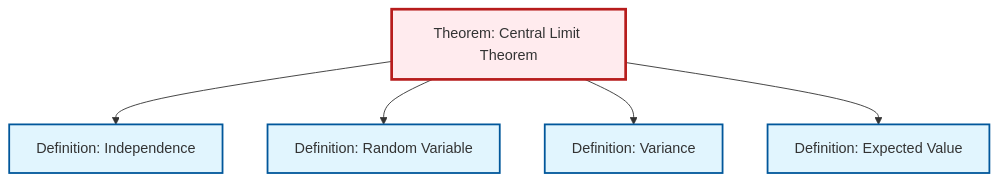
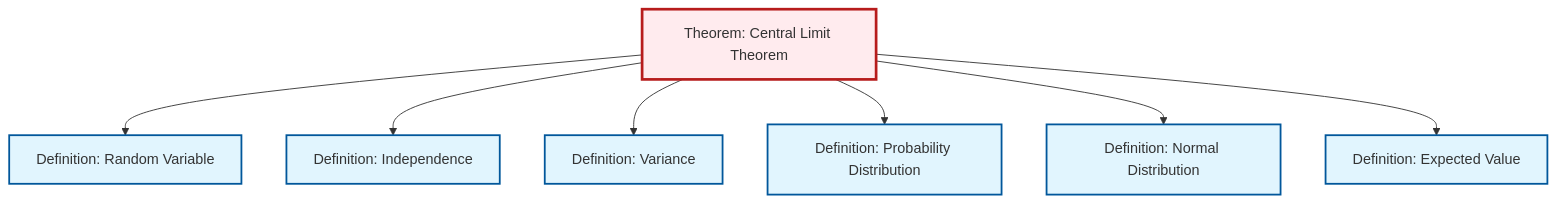
The second of 2 diagrams in content/ja/probability-statistics/thm-central-limit.qmd (RK0429/ModernMath), drawn with Mermaid before and after one commit. The commit also changed other lines of this file and 634 other files, not shown here.

````diff
--- a/content/ja/probability-statistics/thm-central-limit.qmd
+++ b/content/ja/probability-statistics/thm-central-limit.qmd
@@ -111,23 +112,29 @@
 ```{mermaid}
 %%| fig-cap: "Local dependency graph"
 graph TD
     classDef definition fill:#e1f5fe,stroke:#01579b,stroke-width:2px
     classDef theorem fill:#f3e5f5,stroke:#4a148c,stroke-width:2px
     classDef axiom fill:#fff3e0,stroke:#e65100,stroke-width:2px
     classDef example fill:#e8f5e9,stroke:#1b5e20,stroke-width:2px
     classDef current fill:#ffebee,stroke:#b71c1c,stroke-width:3px
+    def-independence["Definition: Independence"]:::definition
     thm-central-limit["Theorem: Central Limit Theorem"]:::theorem
     def-expectation["Definition: Expected Value"]:::definition
+    def-variance["Definition: Variance"]:::definition
+    def-probability-distribution["Definition: Probability Distribution"]:::definition
+    def-normal-distribution["Definition: Normal Distribution"]:::definition
     def-random-variable["Definition: Random Variable"]:::definition
-    def-variance["Definition: Variance"]:::definition
-    def-independence["Definition: Independence"]:::definition
+    thm-central-limit --> def-random-variable
     thm-central-limit --> def-independence
-    thm-central-limit --> def-random-variable
     thm-central-limit --> def-variance
+    thm-central-limit --> def-probability-distribution
+    thm-central-limit --> def-normal-distribution
     thm-central-limit --> def-expectation
     class thm-central-limit current
+    click def-independence "def-independence.html" "Definition: Independenceへ"
     click def-expectation "def-expectation.html" "Definition: Expected Valueへ"
+    click def-variance "def-variance.html" "Definition: Varianceへ"
+    click def-probability-distribution "def-probability-distribution.html" "Definition: Probability Distributionへ"
+    click def-normal-distribution "def-normal-distribution.html" "Definition: Normal Distributionへ"
     click def-random-variable "def-random-variable.html" "Definition: Random Variableへ"
-    click def-variance "def-variance.html" "Definition: Varianceへ"
-    click def-independence "def-independence.html" "Definition: Independenceへ"
 ```
````
